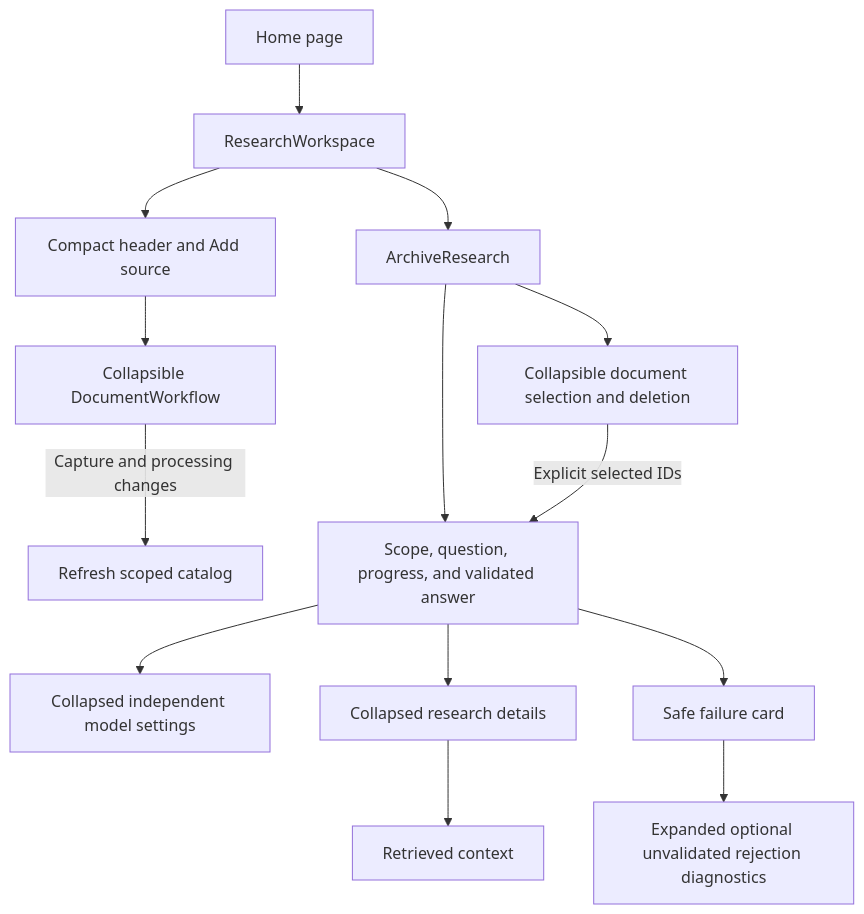
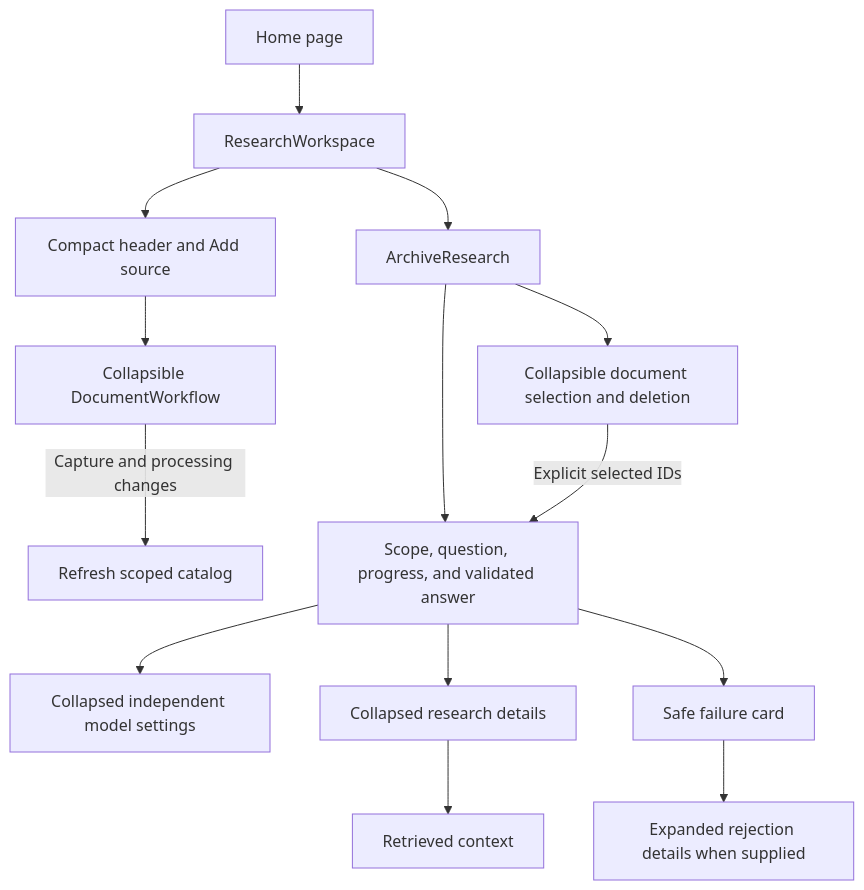
One commit to rnkraus/investment-research changed the first of 5 diagrams in frontend/src/features/archive/README.md. Above: the diagram before and after it, drawn with Mermaid. The commit also changed other lines of this file and 15 other files, not shown here.

````diff
--- a/frontend/src/features/archive/README.md
+++ b/frontend/src/features/archive/README.md
@@ -70,16 +74,16 @@
 ```mermaid
 flowchart TD
     PAGE[Home page] --> WORKSPACE[ResearchWorkspace]
     WORKSPACE --> HEADER[Compact header and Add source]
     HEADER --> IMPORT[Collapsible DocumentWorkflow]
     IMPORT -->|Capture and processing changes| CATALOG[Refresh scoped catalog]
     WORKSPACE --> ARCHIVE[ArchiveResearch]
     ARCHIVE --> SIDEBAR[Collapsible document selection and deletion]
     ARCHIVE --> RESEARCH[Scope, question, progress, and validated answer]
     SIDEBAR -->|Explicit selected IDs| RESEARCH
     RESEARCH --> MODELS[Collapsed independent model settings]
     RESEARCH --> DETAILS[Collapsed research details]
     DETAILS --> CONTEXT[Retrieved context]
     RESEARCH --> FAILURE[Safe failure card]
-    FAILURE --> DIAGNOSTIC[Expanded optional unvalidated rejection diagnostics]
+    FAILURE --> DIAGNOSTIC[Expanded rejection details when supplied]
 ```
````
